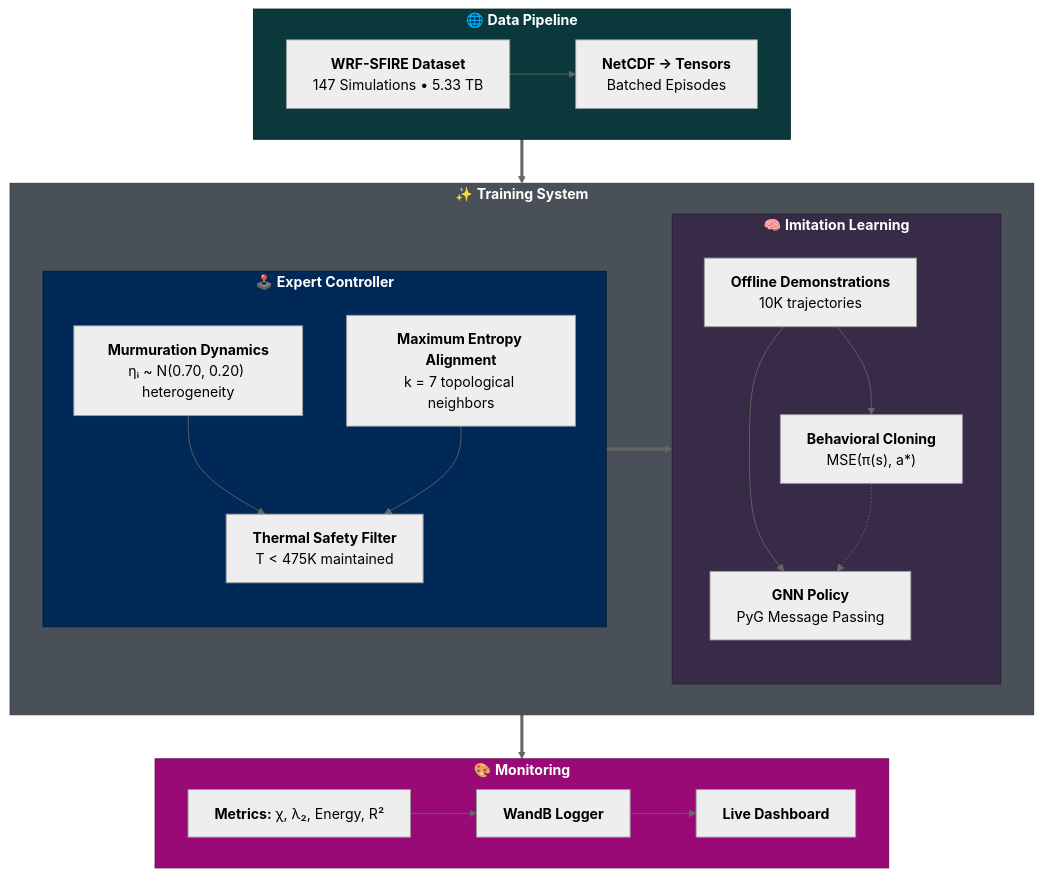
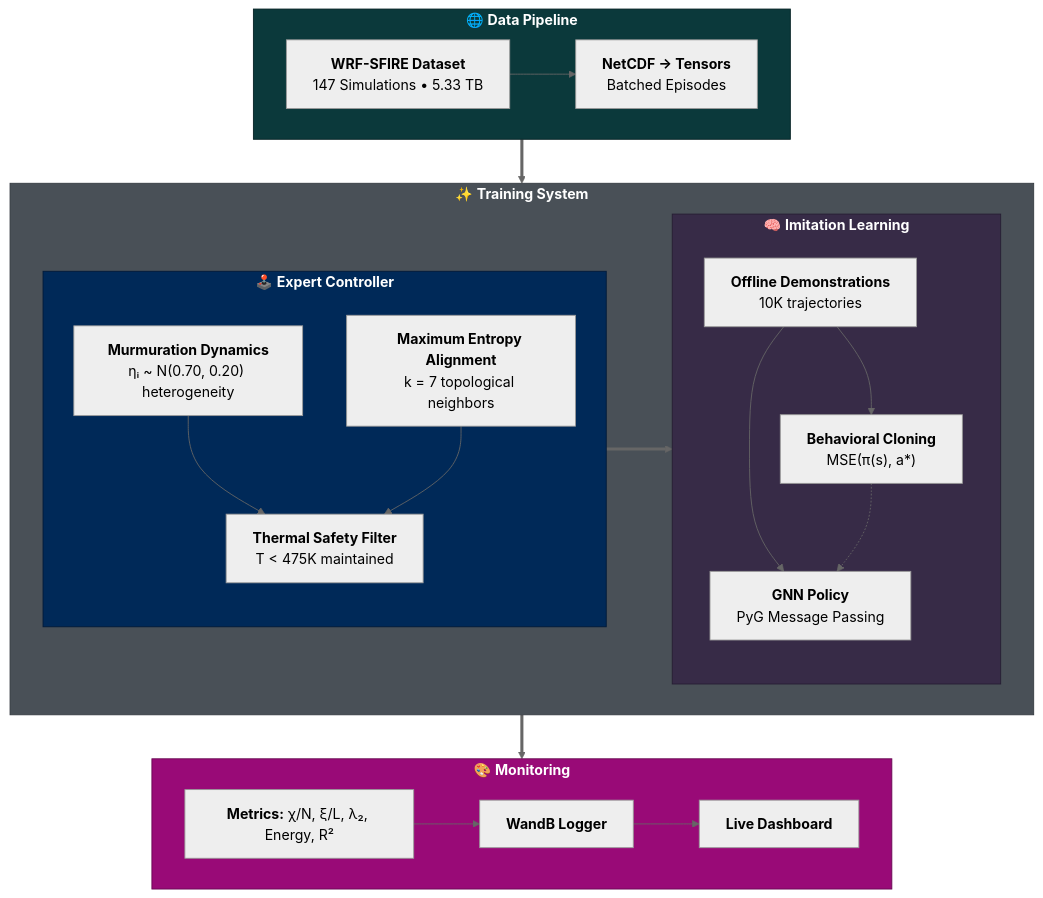
The diagram in README.md (Jybbs/Thermur), drawn with Mermaid (neutral theme) before and after one commit. The commit also changed other lines of this file and 3 other files, not shown here.

````diff
--- a/README.md
+++ b/README.md
@@ -74,48 +74,48 @@
 ```mermaid
 flowchart TB
     subgraph Data["🌐 <b>Data Pipeline</b>"]
         A["<b>WRF-SFIRE Dataset</b><br/>147 Simulations • 5.33 TB"]
         B["<b>NetCDF → Tensors</b><br/>Batched Episodes"]
         A --> B
     end
 
     subgraph Training["✨ <b>Training System</b>"]
         subgraph Expert["🕹️ <b>Expert Controller</b>"]
             direction TB
             C["<b>Murmuration Dynamics</b><br/>ηᵢ ~ N(0.70, 0.20) heterogeneity"]
             D["<b>Maximum Entropy Alignment</b><br/>k = 7 topological neighbors"]
             E["<b>Thermal Safety Filter</b><br/>T < 475K maintained"]
             C --> E
             D --> E
         end
 
         subgraph Learning["🧠 <b>Imitation Learning</b>"]
             direction TB
             F["<b>Offline Demonstrations</b><br/>10K trajectories"]
             G["<b>GNN Policy</b><br/>PyG Message Passing"]
             H["<b>Behavioral Cloning</b><br/>MSE(π(s), a*)"]
             F --> G
             F --> H
         end
 
         E ==> F
         H -.-> G
     end
 
     subgraph Monitor["🎨 <b>Monitoring</b>"]
-        I["<b>Metrics:</b> χ, λ₂, Energy, R²"]
+        I["<b>Metrics:</b> χ/N, ξ/L, λ₂, Energy, R²"]
         J["<b>WandB Logger</b>"]
         K["<b>Live Dashboard</b>"]
         I --> J
         J --> K
     end
 
     Data ==> Training
     Training ==> Monitor
 
     style Data fill:#0b393b,stroke:#052123,color:#fff
     style Training fill:#495057,stroke:#343a40,color:#fff
     style Expert fill:#002958,stroke:#001a39,color:#fff
     style Learning fill:#372B47,stroke:#251d32,color:#fff
     style Monitor fill:#990a77,stroke:#660550,color:#fff
 ```
````
